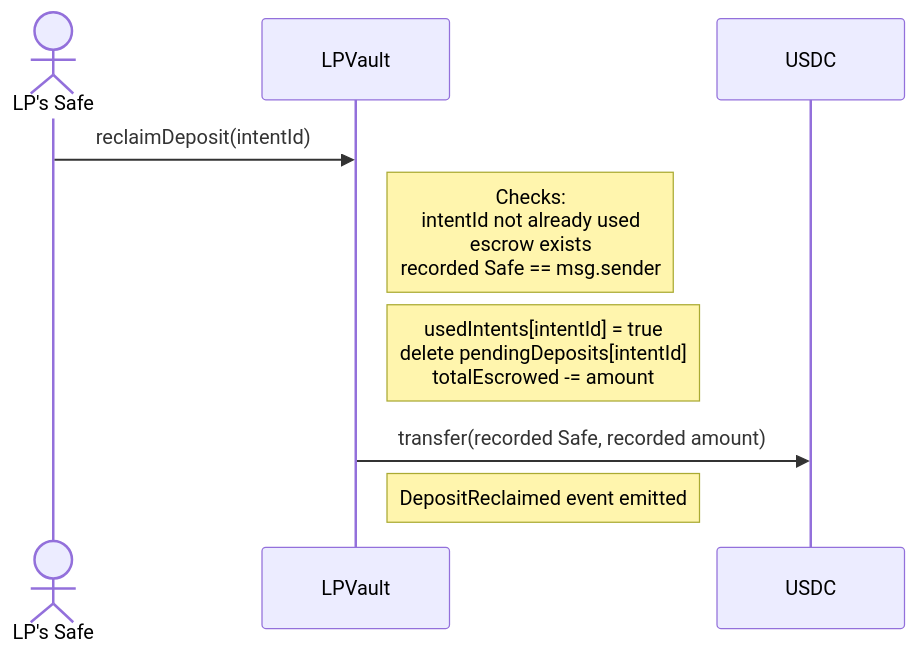
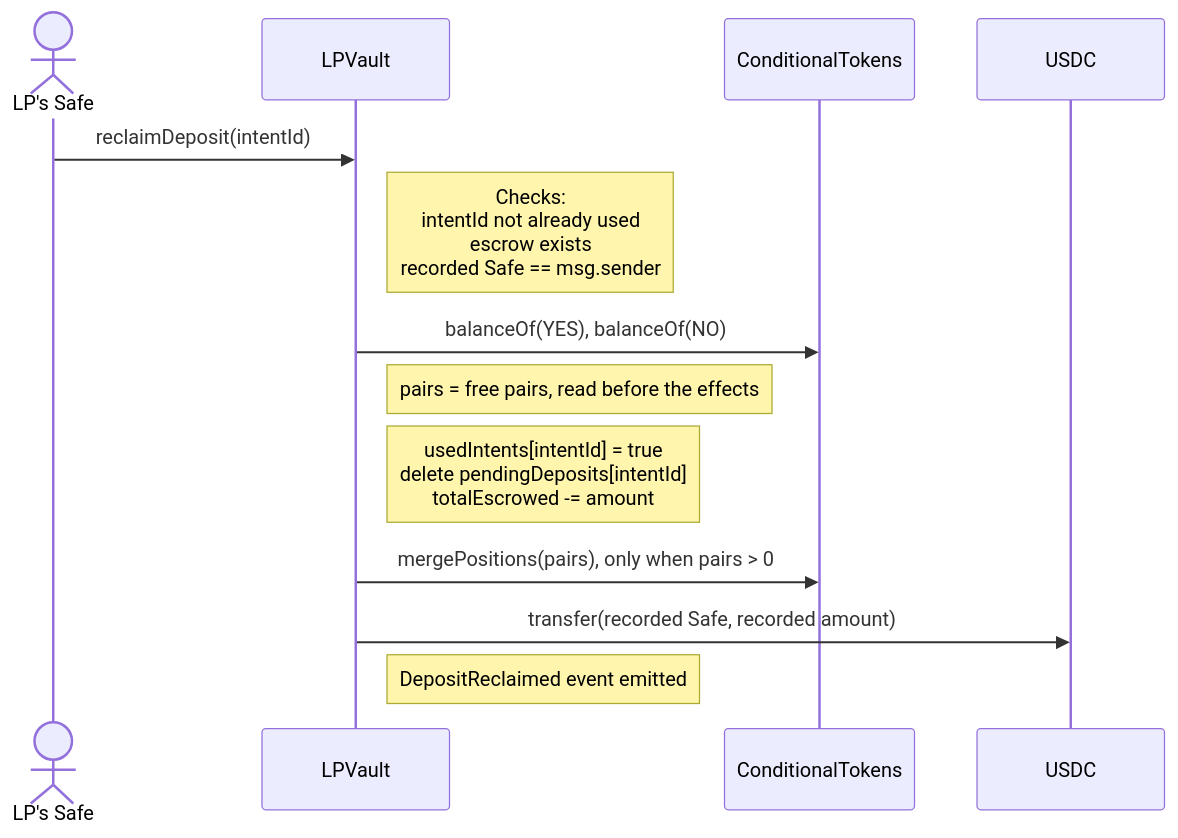
Diagram 19 of 35 in REFERENCE.md (ProphetMarket/lp-vaults), drawn with Mermaid before and after one commit. The commit also changed other lines of this file and 3 other files, not shown here.

````diff
--- a/REFERENCE.md
+++ b/REFERENCE.md
@@ -944,12 +947,16 @@
 ```mermaid
 sequenceDiagram
     actor Safe as LP's Safe
     participant Vault as LPVault
+    participant CT as ConditionalTokens
     participant USDC
 
     Safe->>Vault: reclaimDeposit(intentId)
     Note right of Vault: Checks:<br/>intentId not already used<br/>escrow exists<br/>recorded Safe == msg.sender
+    Vault->>CT: balanceOf(YES), balanceOf(NO)
+    Note right of Vault: pairs = free pairs, read before the effects
     Note right of Vault: usedIntents[intentId] = true<br/>delete pendingDeposits[intentId]<br/>totalEscrowed -= amount
+    Vault->>CT: mergePositions(pairs), only when pairs > 0
     Vault->>USDC: transfer(recorded Safe, recorded amount)
     Note right of Vault: DepositReclaimed event emitted
 ```
````
